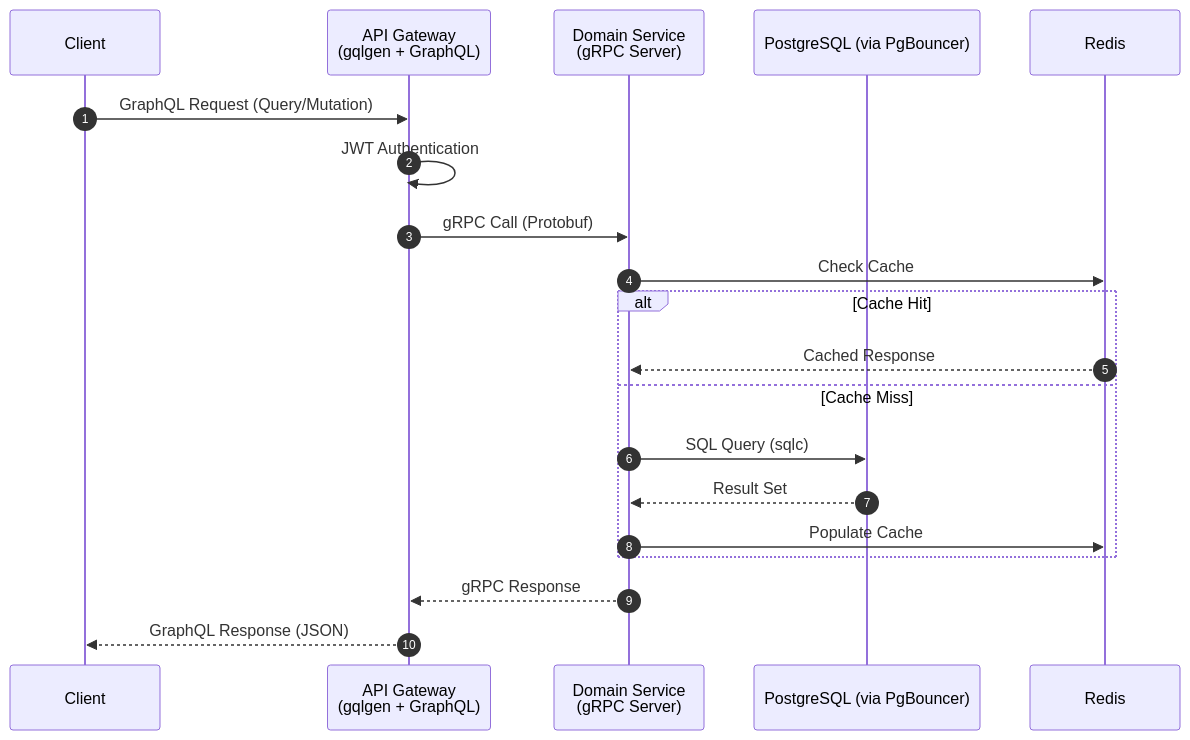
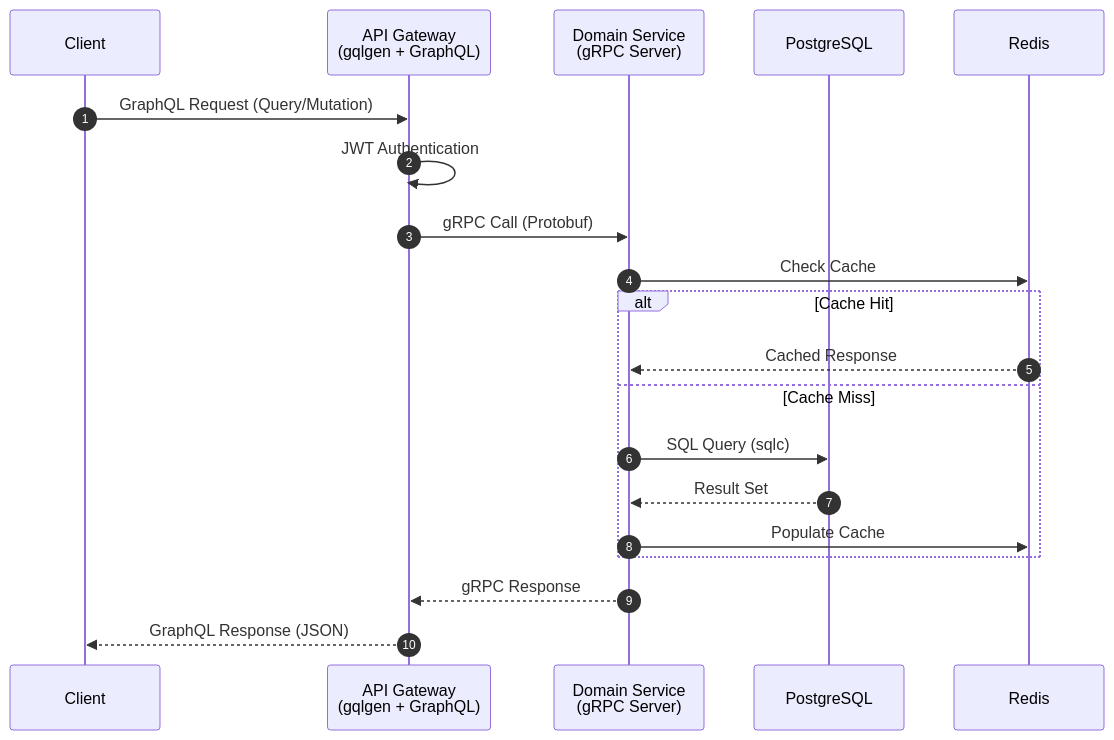
One commit to MamangRust/monolith-graphql-pointofsale-grpc changed the fourth of 8 diagrams in README.md. Above: the diagram before and after it, drawn with Mermaid. The commit also changed other lines of this file, not shown here.

Commit message:
docs: update README with refined service architecture, infrastructure stack, and updated mermaid diagrams

````diff
--- a/README.md
+++ b/README.md
@@ -262,23 +260,23 @@
 ```mermaid
 sequenceDiagram
     autonumber
     participant C as Client
     participant GW as API Gateway<br/>(gqlgen + GraphQL)
     participant SVC as Domain Service<br/>(gRPC Server)
-    participant DB as PostgreSQL (via PgBouncer)
+    participant DB as PostgreSQL
     participant CACHE as Redis
 
     C->>GW: GraphQL Request (Query/Mutation)
     GW->>GW: JWT Authentication
     GW->>SVC: gRPC Call (Protobuf)
     SVC->>CACHE: Check Cache
     alt Cache Hit
         CACHE-->>SVC: Cached Response
     else Cache Miss
         SVC->>DB: SQL Query (sqlc)
         DB-->>SVC: Result Set
         SVC->>CACHE: Populate Cache
     end
     SVC-->>GW: gRPC Response
     GW-->>C: GraphQL Response (JSON)
 ```
````
